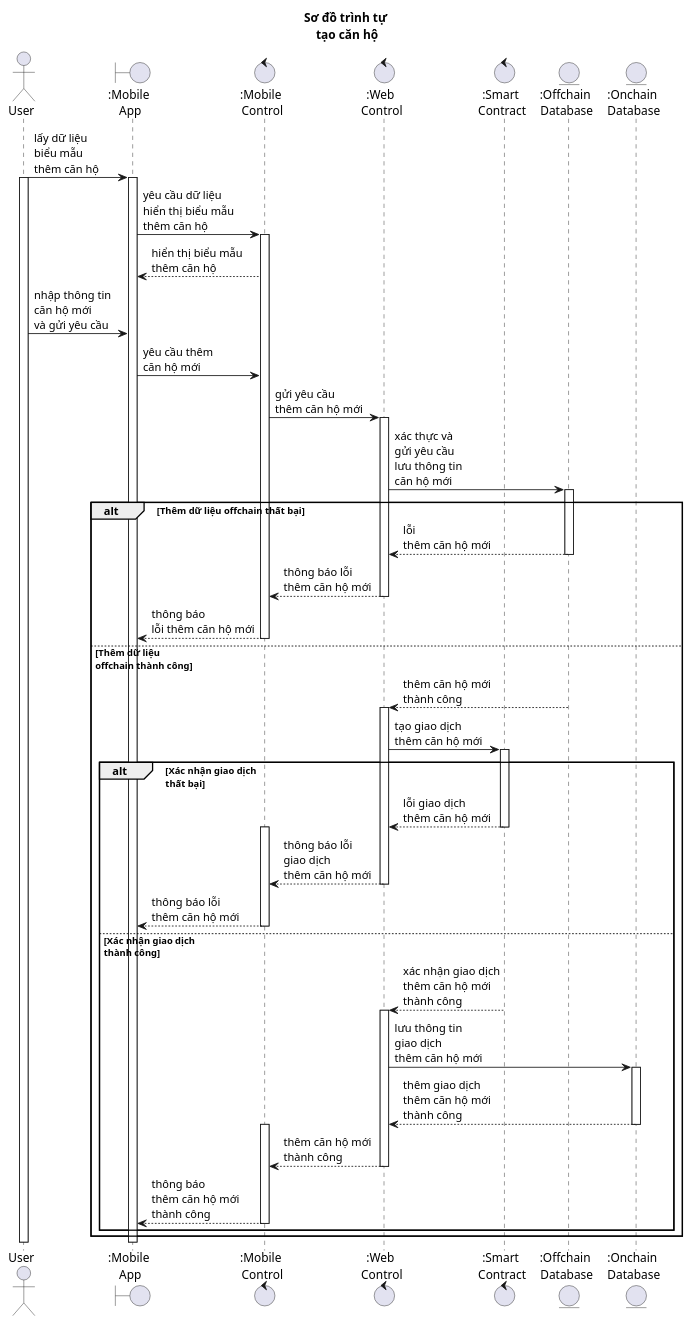
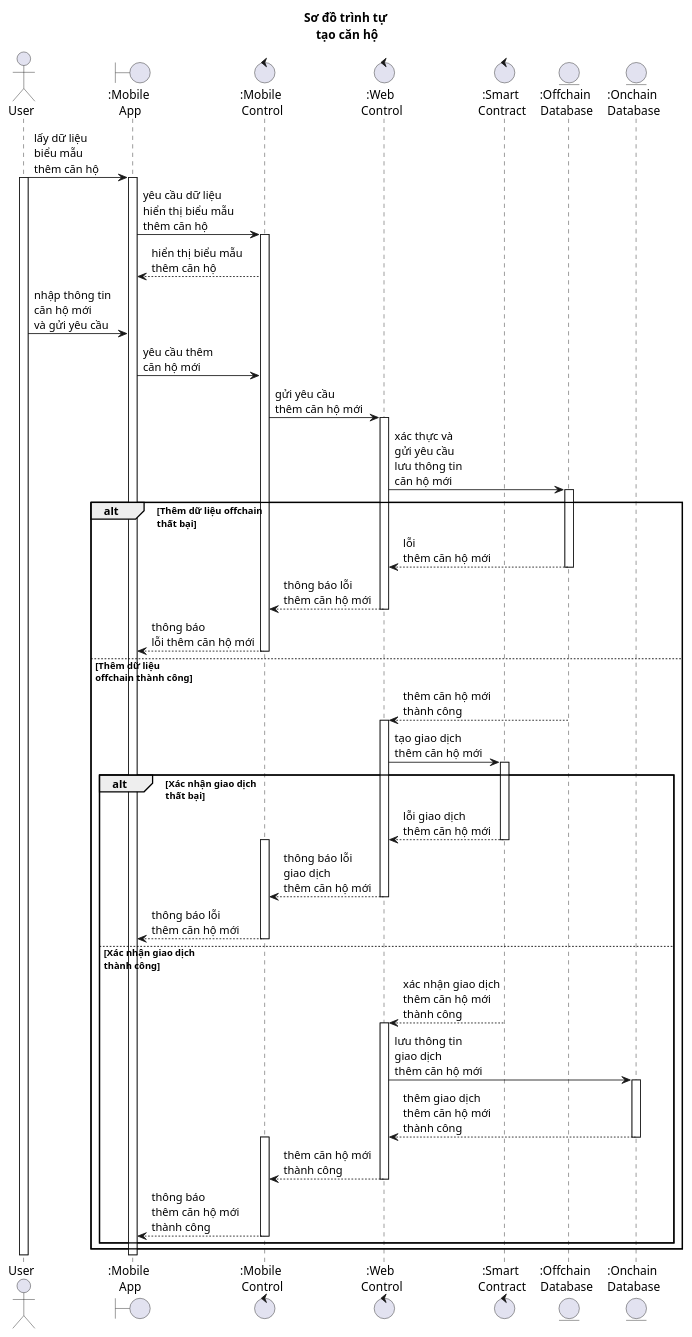
The diagram in diagrams/sequences/owner/taocanho.puml (nho-moi-so/quan-ly-tim-kiem-phong-tro), drawn with PlantUML before and after one commit. The commit also changed 11 other files, not shown here.

Commit message:
done version 1.0 diagram

```diff
--- a/diagrams/sequences/owner/taocanho.puml
+++ b/diagrams/sequences/owner/taocanho.puml
@@ -1,73 +1,73 @@
 @startuml taocanho-sequence-diagram
 title "Sơ đồ trình tự \ntạo căn hộ"
 actor User as User
 boundary ":Mobile \nApp" as MobileApp
 control ":Mobile \nControl" as MobileControl
 control ":Web \nControl" as WebControl
 control ":Smart \nContract" as SmartContract
 entity ":Offchain \nDatabase" as OffchainDatabase
 entity ":Onchain \nDatabase" as OnchainDatabase
 
 User -> MobileApp: lấy dữ liệu \nbiểu mẫu \nthêm căn hộ
 activate User
 activate MobileApp
 MobileApp -> MobileControl: yêu cầu dữ liệu \nhiển thị biểu mẫu \nthêm căn hộ
 activate MobileControl
 MobileControl -->MobileApp: hiển thị biểu mẫu \nthêm căn hộ
 
 User -> MobileApp: nhập thông tin \ncăn hộ mới \nvà gửi yêu cầu
 MobileApp -> MobileControl: yêu cầu thêm \ncăn hộ mới
 MobileControl -> WebControl: gửi yêu cầu \nthêm căn hộ mới
 activate WebControl
 WebControl -> OffchainDatabase: xác thực và \ngửi yêu cầu \nlưu thông tin \ncăn hộ mới
 activate OffchainDatabase
 'trường hợp thành công
     ' trường hợp offchain
         'thành công
-        alt Thêm dữ liệu offchain thất bại
+        alt Thêm dữ liệu offchain \nthất bại
             OffchainDatabase --> WebControl: lỗi \nthêm căn hộ mới
             deactivate OffchainDatabase
             WebControl --> MobileControl: thông báo lỗi \nthêm căn hộ mới
             deactivate WebControl
             MobileControl --> MobileApp: thông báo \nlỗi thêm căn hộ mới
             deactivate MobileControl
         else Thêm dữ liệu \noffchain thành công
             OffchainDatabase --> WebControl: thêm căn hộ mới \nthành công
             deactivate OffchainDatabase
             'trường hợp onchain
             activate WebControl
             WebControl -> SmartContract: tạo giao dịch \nthêm căn hộ mới
             activate SmartContract
                 'thất bại
             alt Xác nhận giao dịch \nthất bại
                 SmartContract --> WebControl: lỗi giao dịch \nthêm căn hộ mới
                 deactivate SmartContract
                 activate MobileControl
                 WebControl --> MobileControl: thông báo lỗi \ngiao dịch \nthêm căn hộ mới
                 deactivate WebControl
                 MobileControl --> MobileApp: thông báo lỗi \nthêm căn hộ mới
                 deactivate MobileControl
             else Xác nhận giao dịch \nthành công
                 'thành công
                 SmartContract --> WebControl: xác nhận giao dịch \nthêm căn hộ mới \nthành công
                 deactivate SmartContract
                 activate WebControl
                 WebControl -> OnchainDatabase: lưu thông tin \ngiao dịch \nthêm căn hộ mới
                 activate OnchainDatabase
                 OnchainDatabase --> WebControl: thêm giao dịch \nthêm căn hộ mới \nthành công
                 deactivate OnchainDatabase
                 activate MobileControl
                 WebControl --> MobileControl: thêm căn hộ mới \nthành công
                 deactivate WebControl
                 MobileControl --> MobileApp: thông báo \nthêm căn hộ mới \nthành công
                 deactivate MobileControl
             end
         end
 
     deactivate WebControl
     deactivate MobileControl
     deactivate MobileApp
     deactivate User
 
 
 @enduml
```
